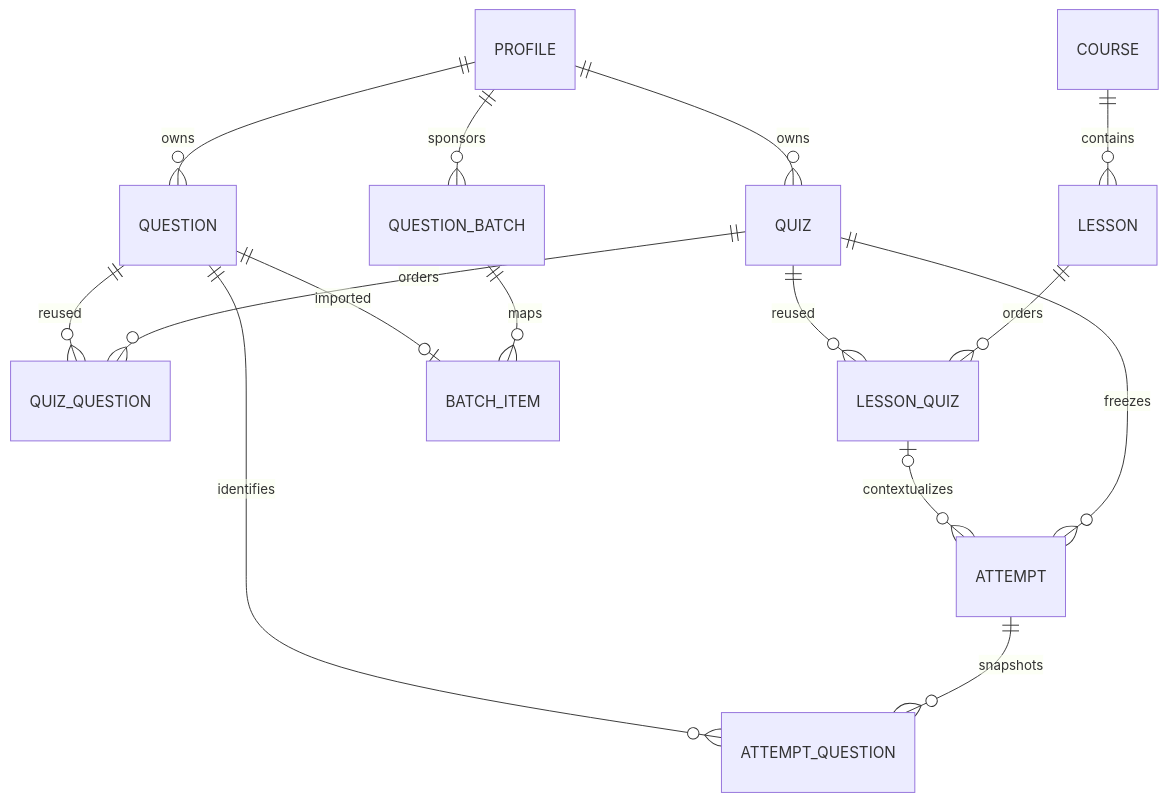
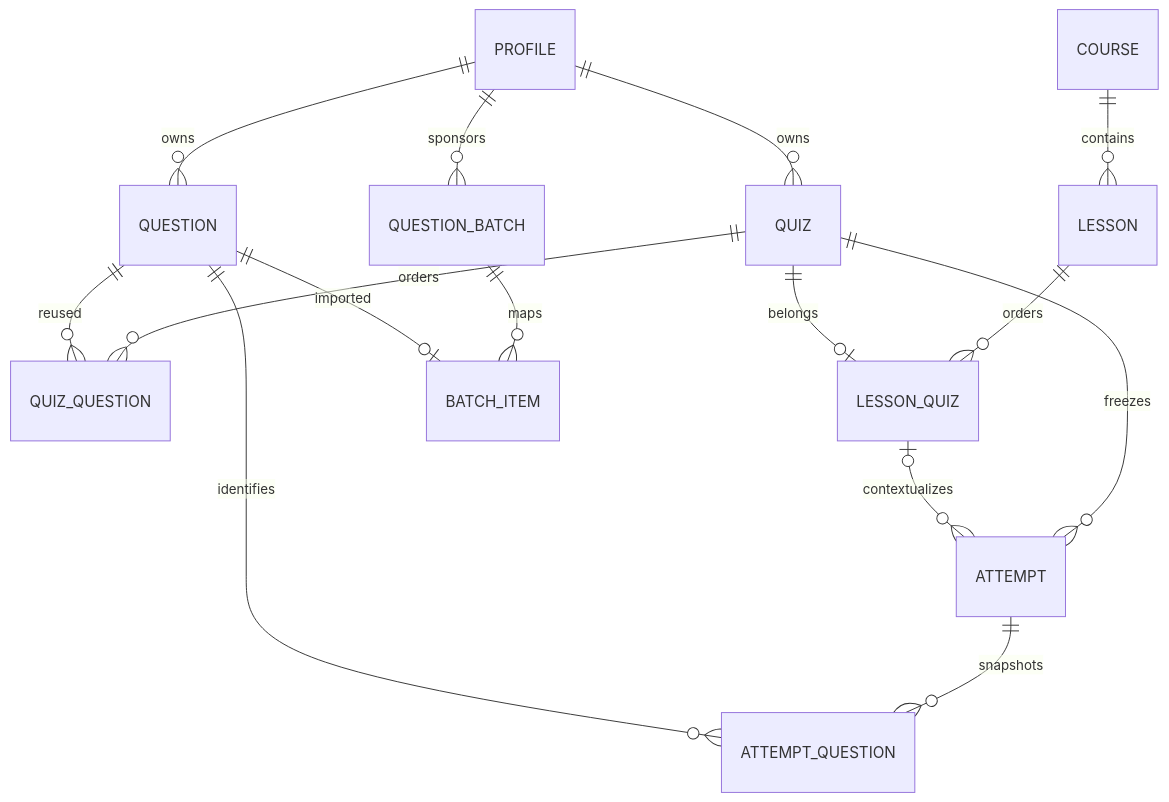
Before and after one commit to crennie/quiz-builder: the diagram in docs/architecture/static/domain.md, drawn with Mermaid. The commit also changed other lines of this file and 24 other files, not shown here.

Commit message:
Add lesson editing and imported quiz management

````diff
--- a/docs/architecture/static/domain.md
+++ b/docs/architecture/static/domain.md
@@ -3,17 +3,17 @@
 ```mermaid
 erDiagram
     PROFILE ||--o{ QUESTION : owns
     PROFILE ||--o{ QUIZ : owns
     QUIZ ||--o{ QUIZ_QUESTION : orders
     QUESTION ||--o{ QUIZ_QUESTION : reused
     COURSE ||--o{ LESSON : contains
     LESSON ||--o{ LESSON_QUIZ : orders
-    QUIZ ||--o{ LESSON_QUIZ : reused
+    QUIZ ||--o| LESSON_QUIZ : belongs
     QUIZ ||--o{ ATTEMPT : freezes
     LESSON_QUIZ |o--o{ ATTEMPT : contextualizes
     ATTEMPT ||--o{ ATTEMPT_QUESTION : snapshots
     QUESTION ||--o{ ATTEMPT_QUESTION : identifies
     PROFILE ||--o{ QUESTION_BATCH : sponsors
     QUESTION_BATCH ||--o{ BATCH_ITEM : maps
     QUESTION ||--o| BATCH_ITEM : imported
 ```
````
